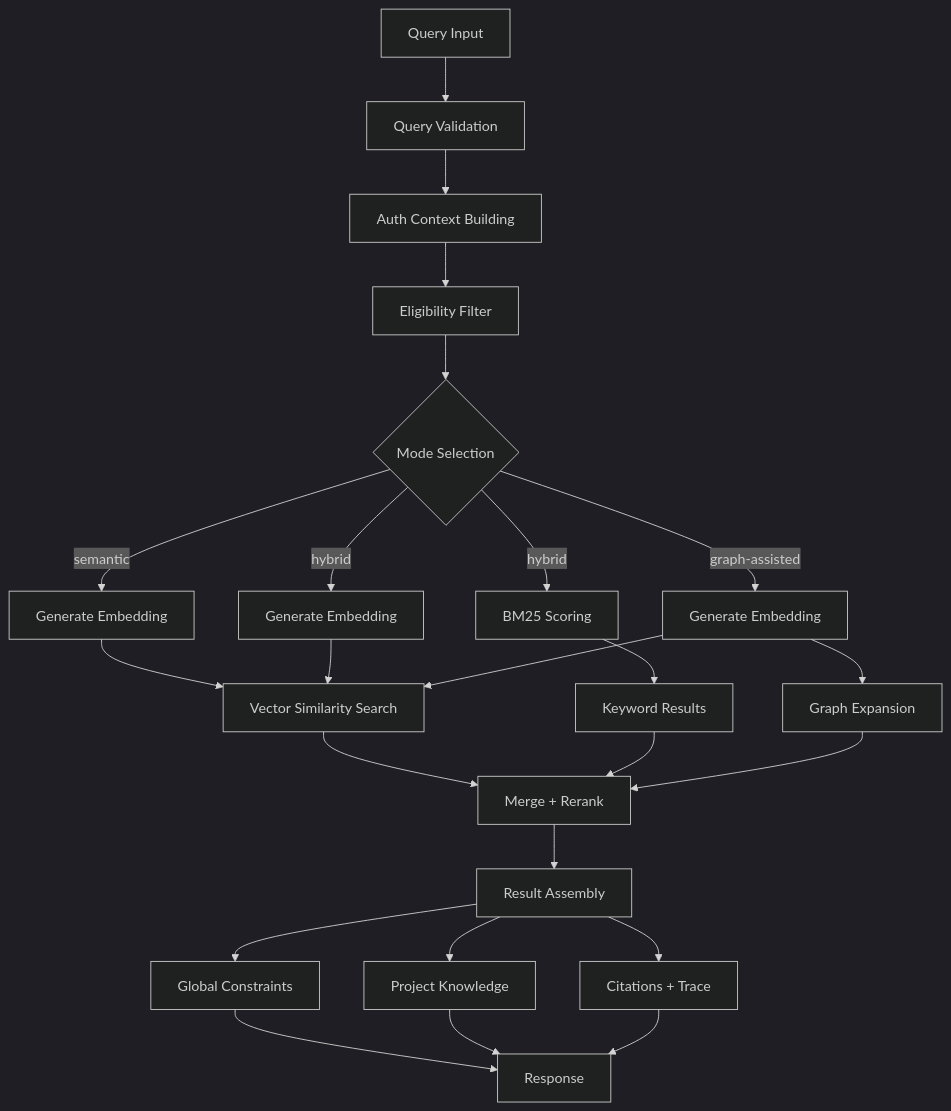
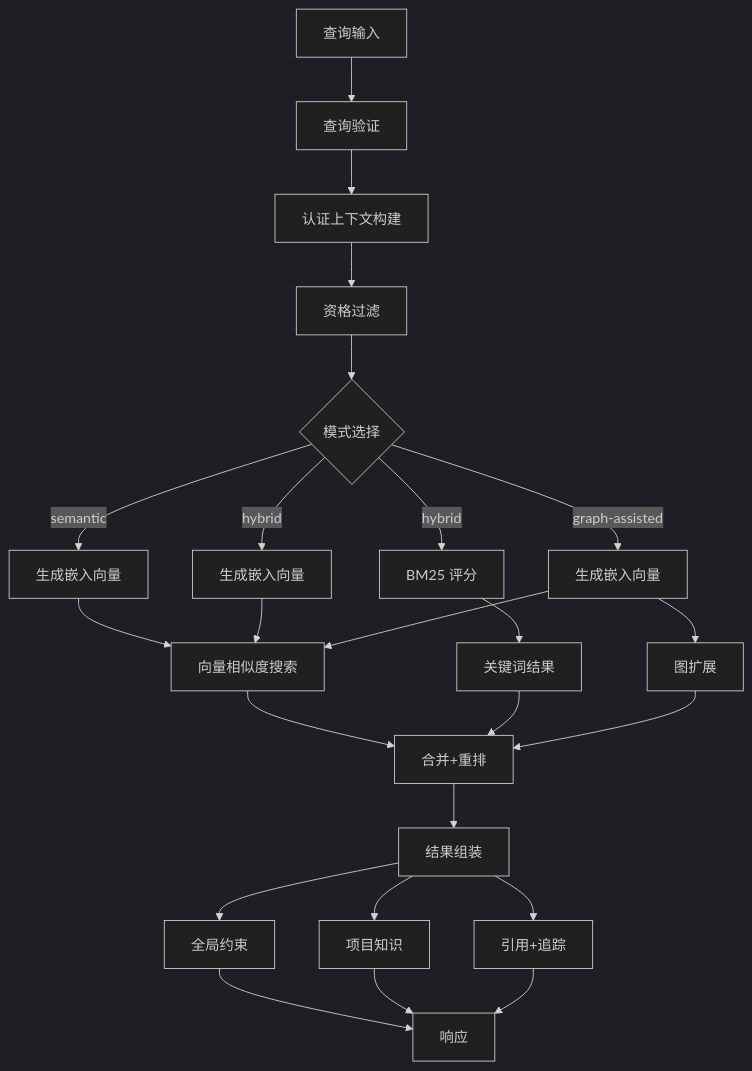
One commit to pofossette/TrapMap-for-vibing changed the fourth of 10 diagrams in docs/architecture/FLOW.md. Above: the diagram before and after it, drawn with Mermaid (dark theme). The commit also changed other lines of this file and 31 other files, not shown here.

````diff
--- a/docs/architecture/FLOW.md
+++ b/docs/architecture/FLOW.md
@@ -178,31 +178,31 @@
 ```mermaid
-flowchart TD
-    A[Query Input] --> B[Query Validation]
-    B --> C[Auth Context Building]
-    C --> D[Eligibility Filter]
+flowchart TB
+    A[查询输入] --> B[查询验证]
+    B --> C[认证上下文构建]
+    C --> D[资格过滤]
 
-    D --> E{Mode Selection}
-    E -->|semantic| F1[Generate Embedding]
-    E -->|hybrid| F2[Generate Embedding]
-    E -->|hybrid| F3[BM25 Scoring]
-    E -->|graph-assisted| F4[Generate Embedding]
+    D --> E{模式选择}
+    E -->|semantic| F1[生成嵌入向量]
+    E -->|hybrid| F2[生成嵌入向量]
+    E -->|hybrid| F3[BM25 评分]
+    E -->|graph-assisted| F4[生成嵌入向量]
 
-    F1 --> G1[Vector Similarity Search]
+    F1 --> G1[向量相似度搜索]
     F2 --> G1
-    F3 --> G2[Keyword Results]
+    F3 --> G2[关键词结果]
     F4 --> G1
-    F4 --> G3[Graph Expansion]
+    F4 --> G3[图扩展]
 
-    G1 --> H[Merge + Rerank]
+    G1 --> H[合并+重排]
     G2 --> H
     G3 --> H
 
-    H --> I[Result Assembly]
-    I --> J[Global Constraints]
-    I --> K[Project Knowledge]
-    I --> L[Citations + Trace]
+    H --> I[结果组装]
+    I --> J[全局约束]
+    I --> K[项目知识]
+    I --> L[引用+追踪]
 
-    J --> M[Response]
+    J --> M[响应]
     K --> M
     L --> M
 ```
````
